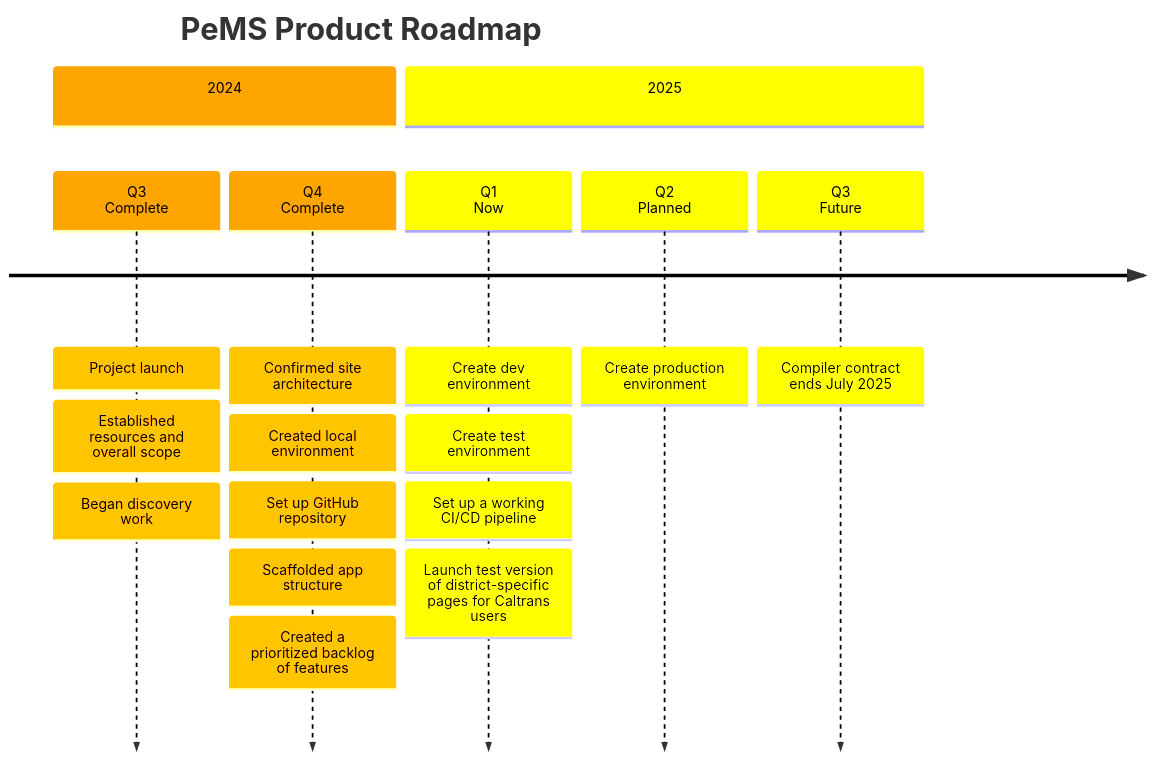
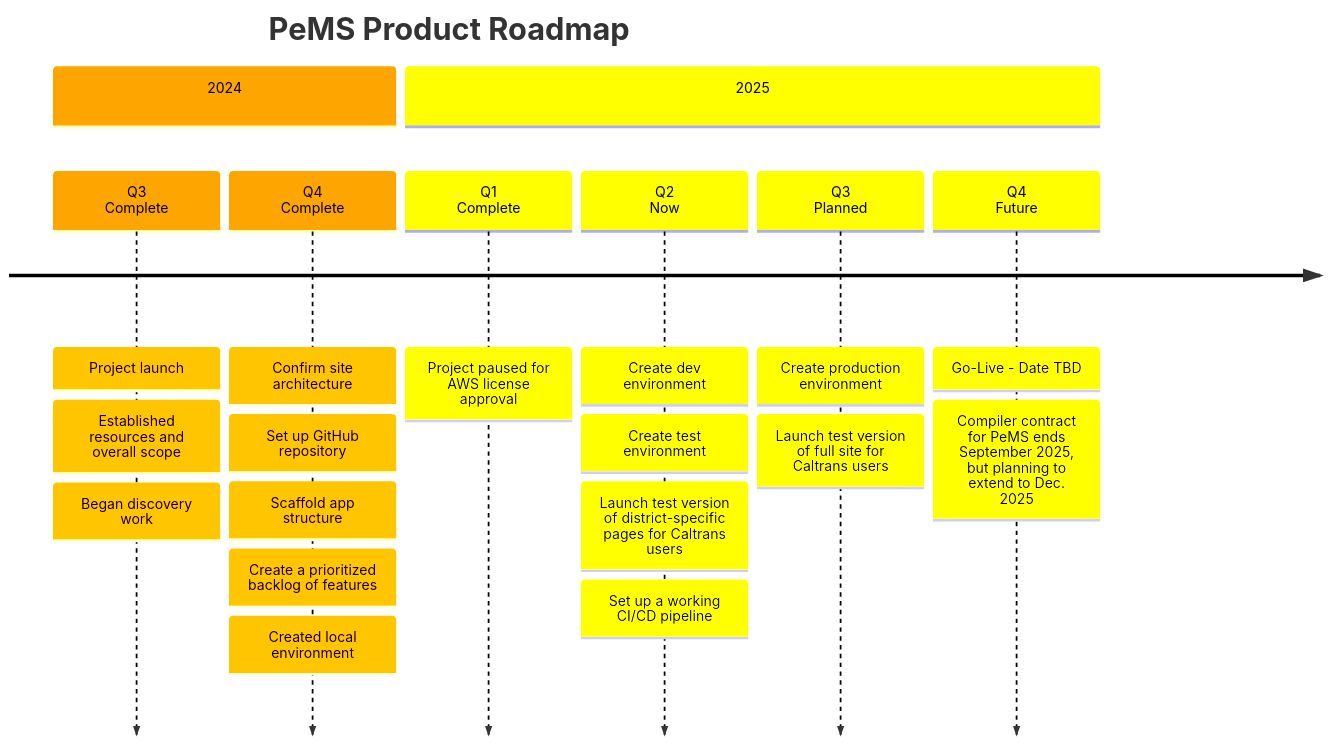
One commit to lalver1/pems changed the diagram in docs/README.md. Above: the diagram before and after it, drawn with Mermaid.

Commit message:
Update README.md
Updated PeMS roadmap to reflect current timeline and goals

````diff
--- a/docs/README.md
+++ b/docs/README.md
@@ -17,46 +17,54 @@
 ```mermaid
 timeline
     title PeMS Product Roadmap
-%% PeMS Epics (2024)
-          section 2024
+    %% PeMS Epics (2024)
+    section 2024
 
-          Q3<br>Complete
-          : Project launch
-          : Established resources and overall scope
-          : Began discovery work
+    Q3<br>Complete
+    : Project launch
+    : Established resources and overall scope
+    : Began discovery work
 
-          Q4<br>Complete
-          : Confirmed site architecture
-          : Created local environment
-          : Set up GitHub repository
-          : Scaffolded app structure
-          : Created a prioritized backlog of features
+    Q4<br>Complete
+    : Confirm site architecture
+    : Set up GitHub repository
+    : Scaffold app structure
+    : Create a prioritized backlog of features
+    : Created local environment
 
-%% PeMS Epics (2025)
-          section 2025
+    %% PeMS Epics (2025)
+    section 2025
 
-          Q1<br>Now
-          : Create dev environment
-          : Create test environment
-          : Set up a working CI/CD pipeline
-          : Launch test version of district-specific pages for Caltrans users
+    Q1<br>Complete
+    : Project paused for AWS license approval
 
-          Q2<br>Planned
-          : Create production environment
+    Q2<br>Now
+    : Create dev environment
+    : Create test environment
+    : Launch test version of district-specific pages for Caltrans users
+    : Set up a working CI/CD pipeline
 
-          Q3<br>Future
-          : Compiler contract ends July 2025
+    Q3<br>Planned
+    : Create production environment
+    : Launch test version of full site for Caltrans users
 
-%%{
-    init: {
-        'logLevel': 'debug',
-        'theme': 'default' ,
-        'themeVariables': {
-            'cScale0': 'orange',
-            'cScaleLabel0': 'black',
-            'cScale1': 'yellow',
-            'cScaleLabel1': 'black'
+    Q4<br>Future
+    : Go-Live - Date TBD
+    : Compiler contract for PeMS ends September 2025, but planning to extend to Dec. 2025
+
+    %%{
+        init: {
+            'logLevel': 'debug',
+            'theme': 'default' ,
+            'themeVariables': {
+                'cScale0': '#ffa500', 'cScaleLabel0': '#000000',
+                'cScale1': '#ffff00', 'cScaleLabel1': '#000000',
+                'cScale2': '#ffff00', 'cScaleLabel2': '#000000',
+                'cScale3': '#008000', 'cScaleLabel3': '#ffffff',
+                'cScale4': '#0000ff', 'cScaleLabel4': '#ffffff',
+                'cScale5': '#4b0082', 'cScaleLabel5': '#ffffff',
+                'cScale6': '#000000', 'cScaleLabel6': '#ffffff'
+            }
         }
-    }
-}%%
+    }%%
 ```
````
